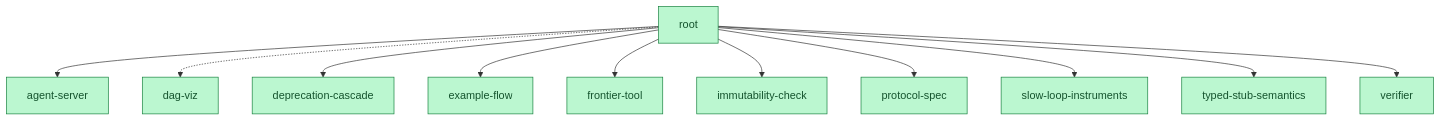
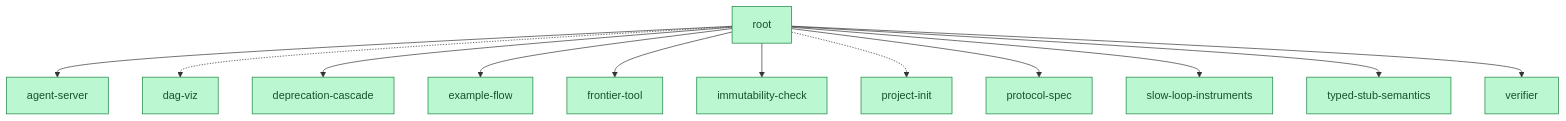
Before and after one commit to shitianfang/build2me: the diagram in docs/DAG.md, drawn with Mermaid. The commit also changed other lines of this file and 7 other files, not shown here.

First line of the commit message:
project-init + README rewrite: make the protocol usable on your own project

````diff
--- a/docs/DAG.md
+++ b/docs/DAG.md
@@ -6,27 +6,29 @@
 ```mermaid
 graph TD
   agent_server["agent-server"]:::done
   dag_viz["dag-viz"]:::done
   deprecation_cascade["deprecation-cascade"]:::done
   example_flow["example-flow"]:::done
   frontier_tool["frontier-tool"]:::done
   immutability_check["immutability-check"]:::done
+  project_init["project-init"]:::done
   protocol_spec["protocol-spec"]:::done
   root["root"]:::done
   slow_loop_instruments["slow-loop-instruments"]:::done
   typed_stub_semantics["typed-stub-semantics"]:::done
   verifier["verifier"]:::done
   root --> agent_server
   root -.-> dag_viz
   root --> deprecation_cascade
   root --> example_flow
   root --> frontier_tool
   root --> immutability_check
+  root -.-> project_init
   root --> protocol_spec
   root --> slow_loop_instruments
   root --> typed_stub_semantics
   root --> verifier
   classDef done fill:#bbf7d0,stroke:#15803d,color:#14532d
   classDef open fill:#fde68a,stroke:#b45309,color:#78350f
   classDef deprecated fill:#e5e7eb,stroke:#6b7280,color:#374151
 ```
````
